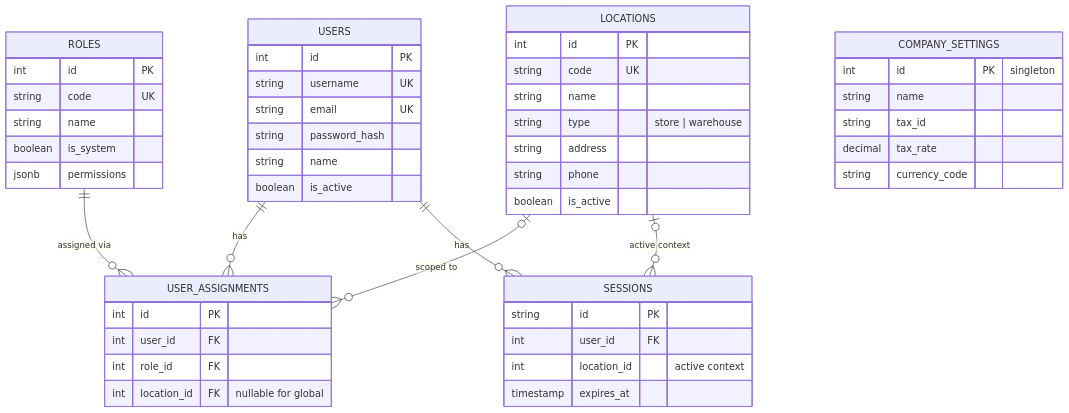
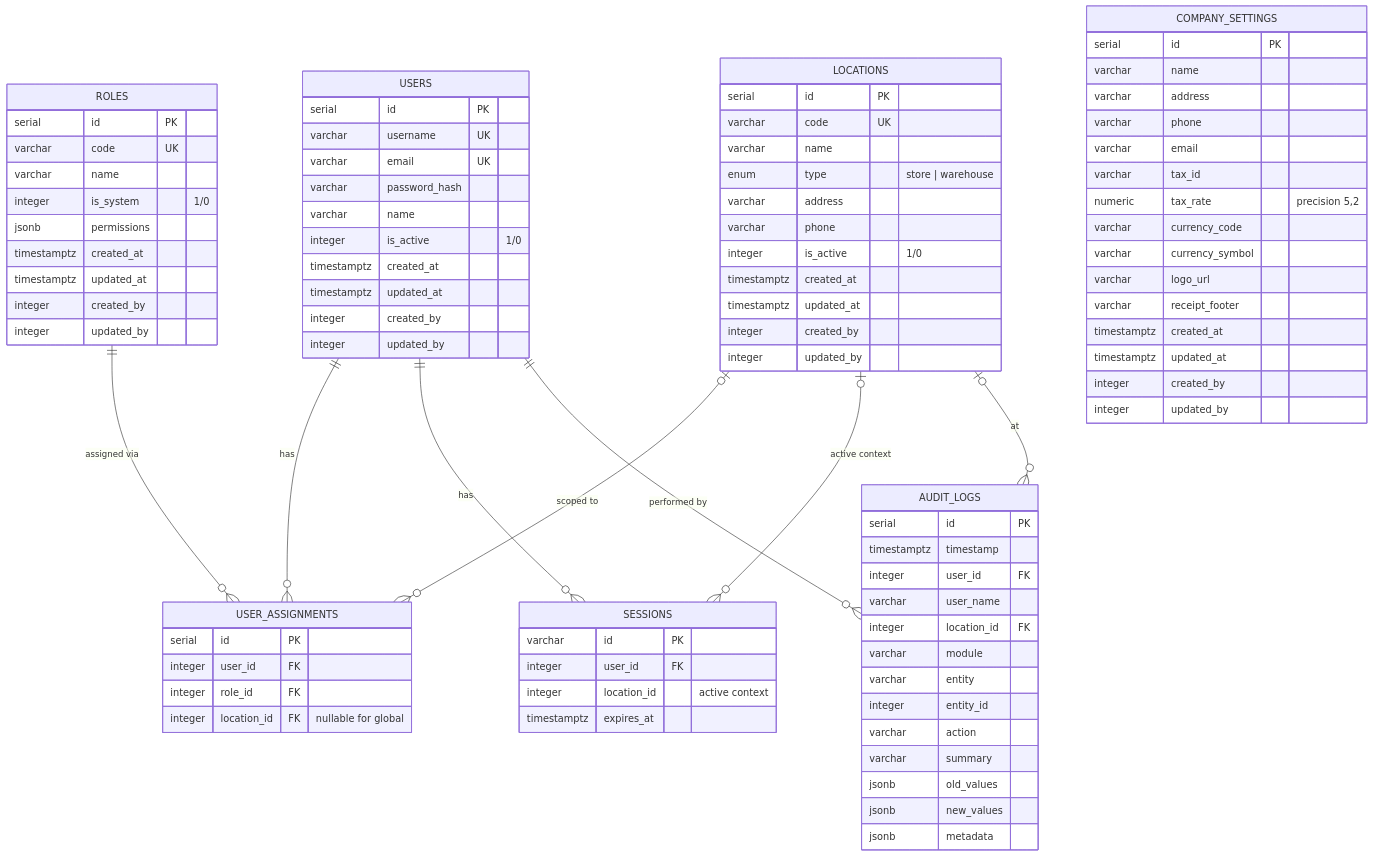
Before and after one commit to Ikki-Group/erp: the diagram in docs/database/erd/core.md, drawn with Mermaid. The commit also changed other lines of this file and 7 other files, not shown here.

First line of the commit message:
docs(database): update ERD docs and complete Phase 2 task board

````diff
--- a/docs/database/erd/core.md
+++ b/docs/database/erd/core.md
@@ -7,47 +7,84 @@
 ```mermaid
 erDiagram
     LOCATIONS {
-        int id PK
-        string code UK
-        string name
-        string type "store | warehouse"
-        string address
-        string phone
-        boolean is_active
+        serial id PK
+        varchar code UK
+        varchar name
+        enum type "store | warehouse"
+        varchar address
+        varchar phone
+        integer is_active "1/0"
+        timestamptz created_at
+        timestamptz updated_at
+        integer created_by
+        integer updated_by
     }
     ROLES {
-        int id PK
-        string code UK
-        string name
-        boolean is_system
+        serial id PK
+        varchar code UK
+        varchar name
+        integer is_system "1/0"
         jsonb permissions
+        timestamptz created_at
+        timestamptz updated_at
+        integer created_by
+        integer updated_by
     }
     USERS {
-        int id PK
-        string username UK
-        string email UK
-        string password_hash
-        string name
-        boolean is_active
+        serial id PK
+        varchar username UK
+        varchar email UK
+        varchar password_hash
+        varchar name
+        integer is_active "1/0"
+        timestamptz created_at
+        timestamptz updated_at
+        integer created_by
+        integer updated_by
     }
     USER_ASSIGNMENTS {
-        int id PK
-        int user_id FK
-        int role_id FK
-        int location_id FK "nullable for global"
+        serial id PK
+        integer user_id FK
+        integer role_id FK
+        integer location_id FK "nullable for global"
     }
     SESSIONS {
-        string id PK
-        int user_id FK
-        int location_id "active context"
-        timestamp expires_at
+        varchar id PK
+        integer user_id FK
+        integer location_id "active context"
+        timestamptz expires_at
     }
     COMPANY_SETTINGS {
-        int id PK "singleton"
-        string name
-        string tax_id
-        decimal tax_rate
-        string currency_code
+        serial id PK
+        varchar name
+        varchar address
+        varchar phone
+        varchar email
+        varchar tax_id
+        numeric tax_rate "precision 5,2"
+        varchar currency_code
+        varchar currency_symbol
+        varchar logo_url
+        varchar receipt_footer
+        timestamptz created_at
+        timestamptz updated_at
+        integer created_by
+        integer updated_by
+    }
+    AUDIT_LOGS {
+        serial id PK
+        timestamptz timestamp
+        integer user_id FK
+        varchar user_name
+        integer location_id FK
+        varchar module
+        varchar entity
+        integer entity_id
+        varchar action
+        varchar summary
+        jsonb old_values
+        jsonb new_values
+        jsonb metadata
     }
 
     USERS ||--o{ USER_ASSIGNMENTS : "has"
@@ -55,4 +92,6 @@
     LOCATIONS |o--o{ USER_ASSIGNMENTS : "scoped to"
     USERS ||--o{ SESSIONS : "has"
     LOCATIONS |o--o{ SESSIONS : "active context"
+    USERS ||--o{ AUDIT_LOGS : "performed by"
+    LOCATIONS |o--o{ AUDIT_LOGS : "at"
 ```
````
